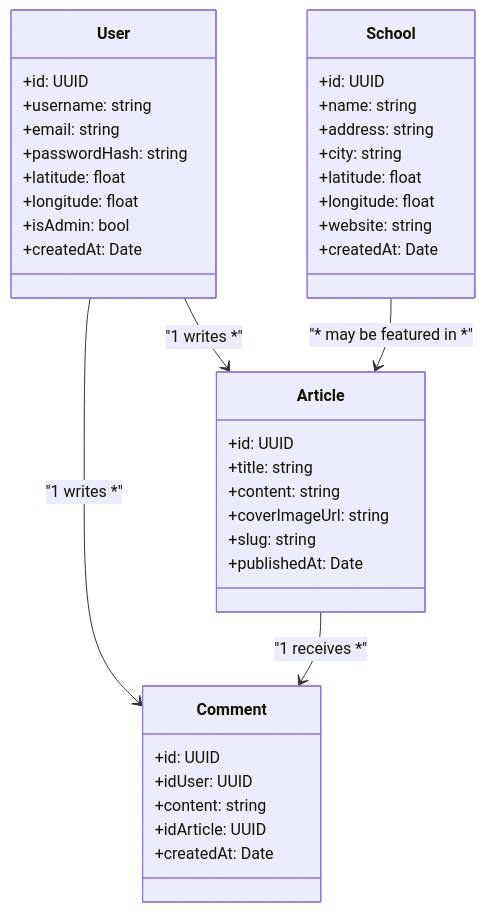
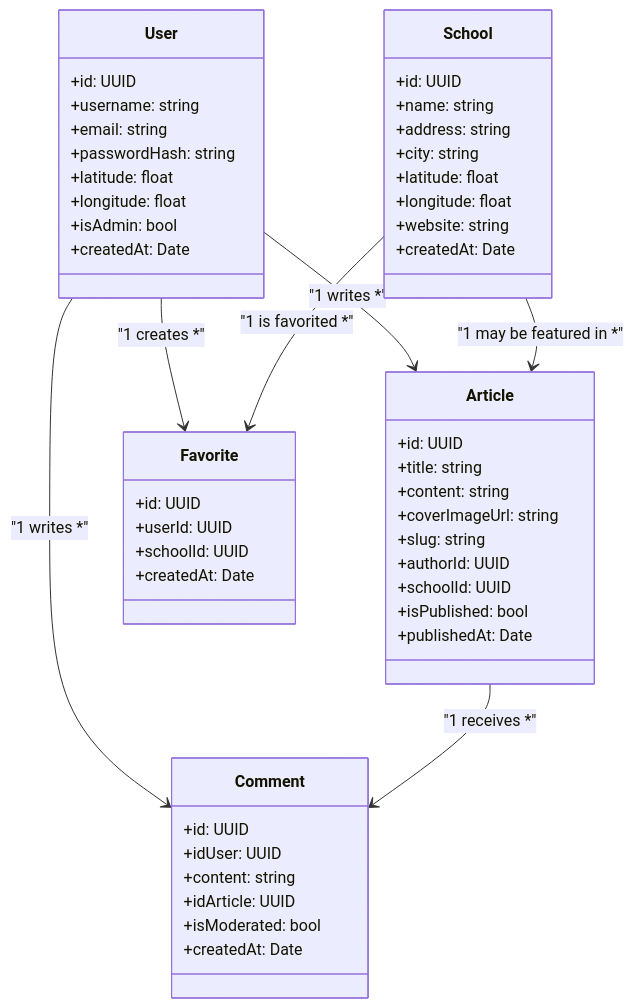
The first of 5 diagrams in uml.md (KerdanetYvan/absolute-app), drawn with Mermaid before and after one commit. The commit also changed other lines of this file, not shown here.

Commit message:
feat(documentation): enhance project overview and technical choices in UML documentation

````diff
--- a/uml.md
+++ b/uml.md
@@ -5,49 +76,61 @@
 ```mermaid
 
 classDiagram
     class User {
         +id: UUID
         +username: string
         +email: string
         +passwordHash: string
         +latitude: float
         +longitude: float
         +isAdmin: bool
         +createdAt: Date
-
     }
 
     class School {
         +id: UUID
         +name: string
         +address: string
         +city: string
         +latitude: float
         +longitude: float
         +website: string
         +createdAt: Date
     }
 
     class Article {
         +id: UUID
         +title: string
         +content: string
         +coverImageUrl: string
         +slug: string
+        +authorId: UUID
+        +schoolId: UUID
+        +isPublished: bool
         +publishedAt: Date
     }
 
     class Comment {
         +id: UUID
         +idUser: UUID
         +content: string
         +idArticle: UUID
+        +isModerated: bool
+        +createdAt: Date
+    }
+
+    class Favorite {
+        +id: UUID
+        +userId: UUID
+        +schoolId: UUID
         +createdAt: Date
     }
 
     User --> Comment : "1 writes *"
     Article --> Comment : "1 receives *"
     User --> Article : "1 writes *"
-    School --> Article : "* may be featured in *"
+    School --> Article : "1 may be featured in *"
+    User --> Favorite : "1 creates *"
+    School --> Favorite : "1 is favorited *"
 
 ```
````
